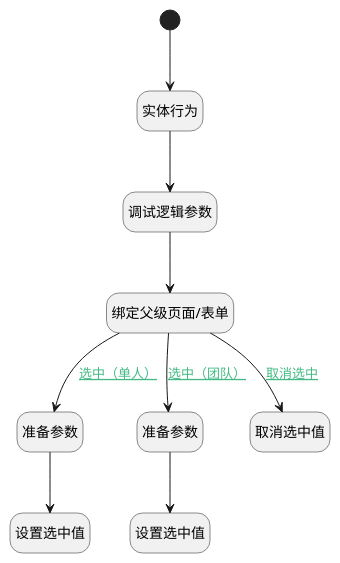
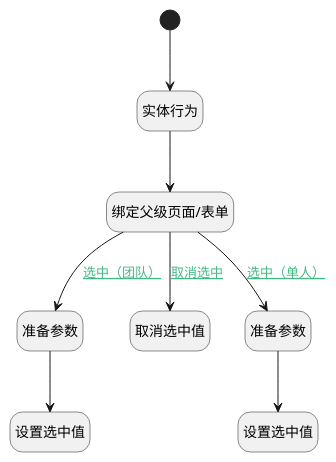
The diagram in doc/docsify/module/TestMgmt/review_stage/uilogic/choose_stage.md (iBizLab/plm), drawn with PlantUML before and after one commit. The commit also changed other lines of this file and 1778 other files, not shown here.

````diff
--- a/doc/docsify/module/TestMgmt/review_stage/uilogic/choose_stage.md
+++ b/doc/docsify/module/TestMgmt/review_stage/uilogic/choose_stage.md
@@ -7,33 +7,31 @@
 ```plantuml
 @startuml
 hide footbox
 <style>
 root {
   HyperlinkColor #42b983
 }
 </style>
 
 hide empty description
 state "开始" as Begin <<start>> [[$./choose_stage#begin {开始}]]
+state "设置选中值" as RAWJSCODE3  [[$./choose_stage#rawjscode3 {设置选中值}]]
+state "绑定父级页面/表单" as PREPAREJSPARAM1  [[$./choose_stage#preparejsparam1 {绑定父级页面/表单}]]
+state "准备参数" as PREPAREJSPARAM3  [[$./choose_stage#preparejsparam3 {准备参数}]]
+state "取消选中值" as RAWJSCODE2  [[$./choose_stage#rawjscode2 {取消选中值}]]
 state "实体行为" as DEACTION1  [[$./choose_stage#deaction1 {实体行为}]]
 state "准备参数" as PREPAREJSPARAM2  [[$./choose_stage#preparejsparam2 {准备参数}]]
-state "调试逻辑参数" as DEBUGPARAM1  [[$./choose_stage#debugparam1 {调试逻辑参数}]]
-state "绑定父级页面/表单" as PREPAREJSPARAM1  [[$./choose_stage#preparejsparam1 {绑定父级页面/表单}]]
 state "设置选中值" as RAWJSCODE1  [[$./choose_stage#rawjscode1 {设置选中值}]]
-state "设置选中值" as RAWJSCODE3  [[$./choose_stage#rawjscode3 {设置选中值}]]
-state "准备参数" as PREPAREJSPARAM3  [[$./choose_stage#preparejsparam3 {准备参数}]]
-state "取消选中值" as RAWJSCODE2  [[$./choose_stage#rawjscode2 {取消选中值}]]
 
 
 Begin --> DEACTION1
-DEACTION1 --> DEBUGPARAM1
-DEBUGPARAM1 --> PREPAREJSPARAM1
+DEACTION1 --> PREPAREJSPARAM1
 PREPAREJSPARAM1 --> PREPAREJSPARAM2 : [[$./choose_stage#preparejsparam1-preparejsparam2{选中（单人）} 选中（单人）]]
 PREPAREJSPARAM2 --> RAWJSCODE1
 PREPAREJSPARAM1 --> RAWJSCODE2 : [[$./choose_stage#preparejsparam1-rawjscode2{取消选中} 取消选中]]
 PREPAREJSPARAM1 --> PREPAREJSPARAM3 : [[$./choose_stage#preparejsparam1-preparejsparam3{选中（团队）} 选中（团队）]]
 PREPAREJSPARAM3 --> RAWJSCODE3
 
 
 @enduml
 ```
````
